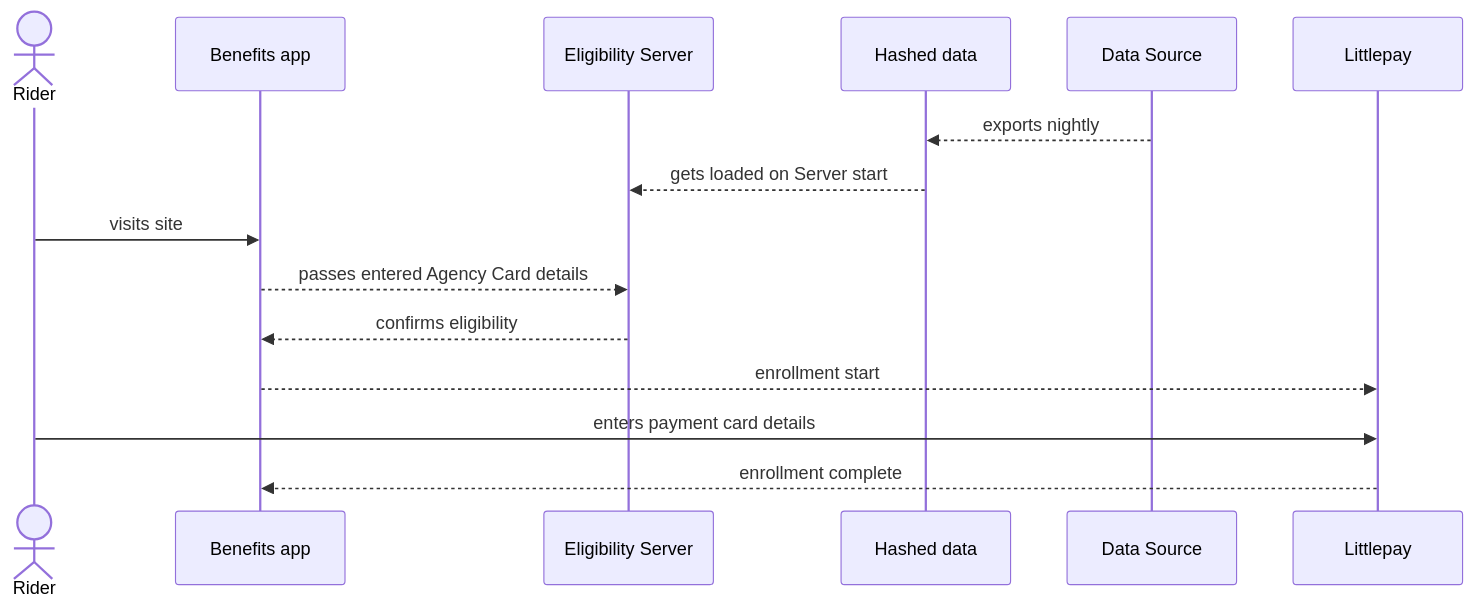
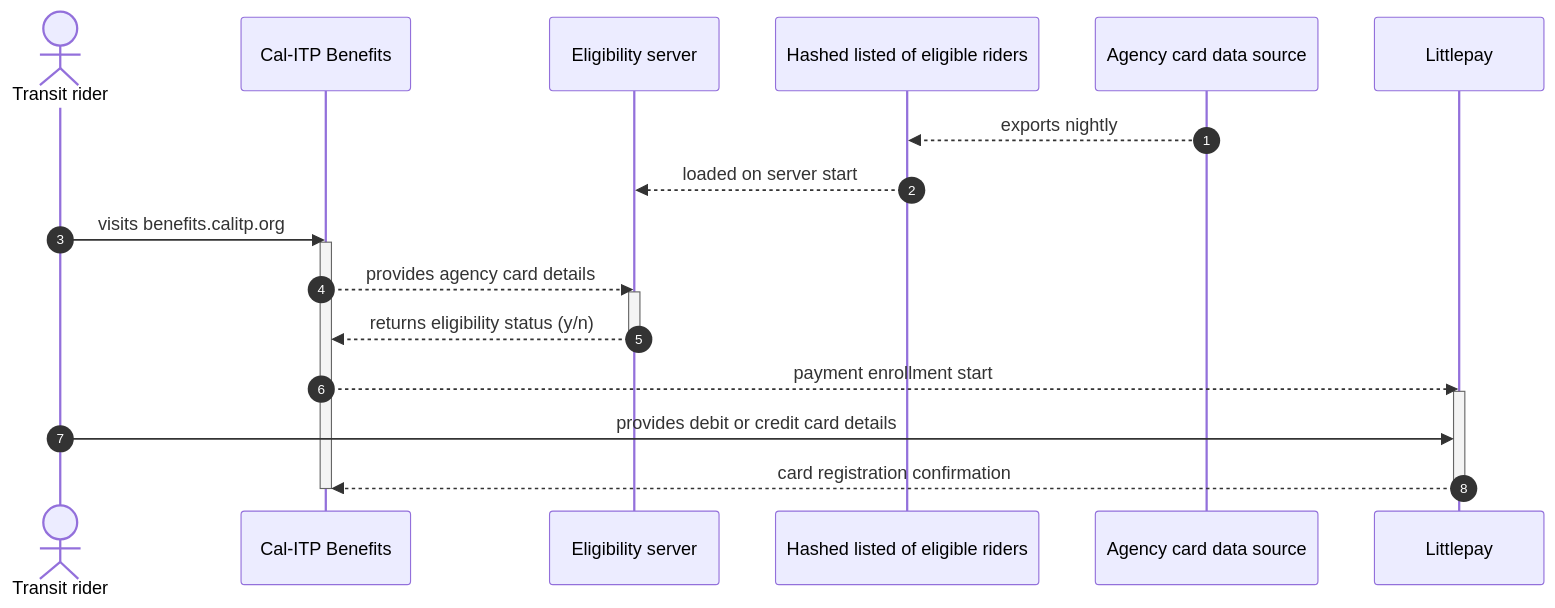
The second of 2 diagrams in docs/enrollment-pathways/agency-cards.md (cal-itp/benefits), drawn with Mermaid before and after one commit. The commit also changed other lines of this file, not shown here.

First line of the commit message:
docs: revisions to agency card use case

````diff
--- a/docs/enrollment-pathways/agency-cards.md
+++ b/docs/enrollment-pathways/agency-cards.md
@@ -59,20 +59,26 @@
 ```mermaid
 sequenceDiagram
-    actor Rider
-    participant Benefits as Benefits app
-    participant elig_server as Eligibility Server
-    participant cc_data as Hashed data
-    participant Data Source
+autonumber
+    actor Transit rider
+    participant Benefits as Cal-ITP Benefits
+    participant elig_server as Eligibility server
+    participant ac_data as Hashed listed of eligible riders
+    participant Agency card data source
     participant Littlepay
 
-    Data Source-->>cc_data: exports nightly
-    cc_data-->>elig_server: gets loaded on Server start
-
-    Rider->>Benefits: visits site
-    Benefits-->>elig_server: passes entered Agency Card details
-    elig_server-->>Benefits: confirms eligibility
-
-    Benefits-->>Littlepay: enrollment start
-    Rider->>Littlepay: enters payment card details
-    Littlepay-->>Benefits: enrollment complete
+    Agency card data source-->>ac_data: exports nightly
+       activate ac_data 
+    ac_data-->>elig_server: loaded on server start
+    Transit rider->>Benefits: visits benefits.calitp.org
+        activate Benefits  
+    Benefits-->>elig_server: provides agency card details
+        activate elig_server
+    elig_server-->>Benefits: returns eligibility status (y/n)
+        deactivate elig_server
+    Benefits-->>Littlepay: payment enrollment start
+        activate Littlepay
+    Transit rider->>Littlepay: provides debit or credit card details
+    Littlepay-->>Benefits: card registration confirmation
+        deactivate Littlepay
+        deactivate Benefits
 ```
````
